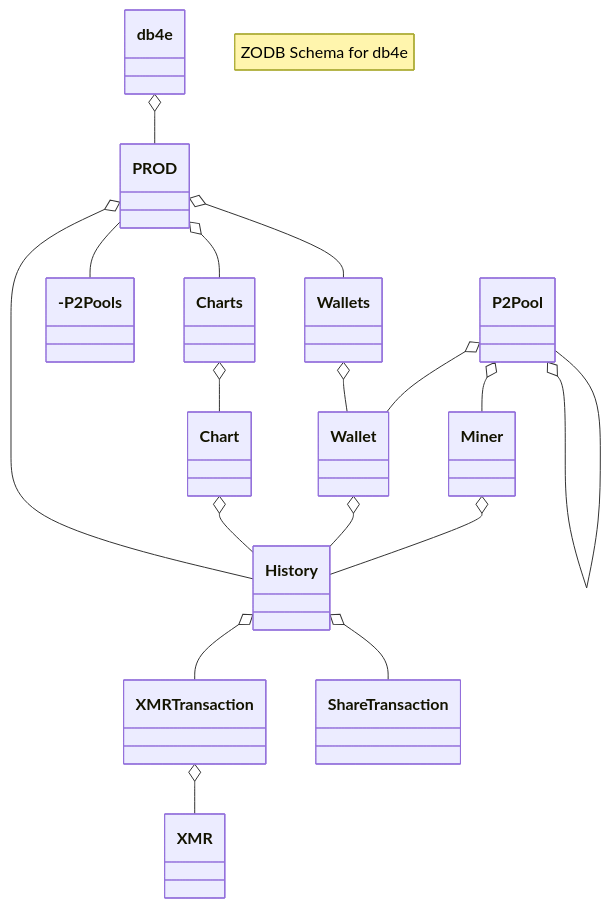
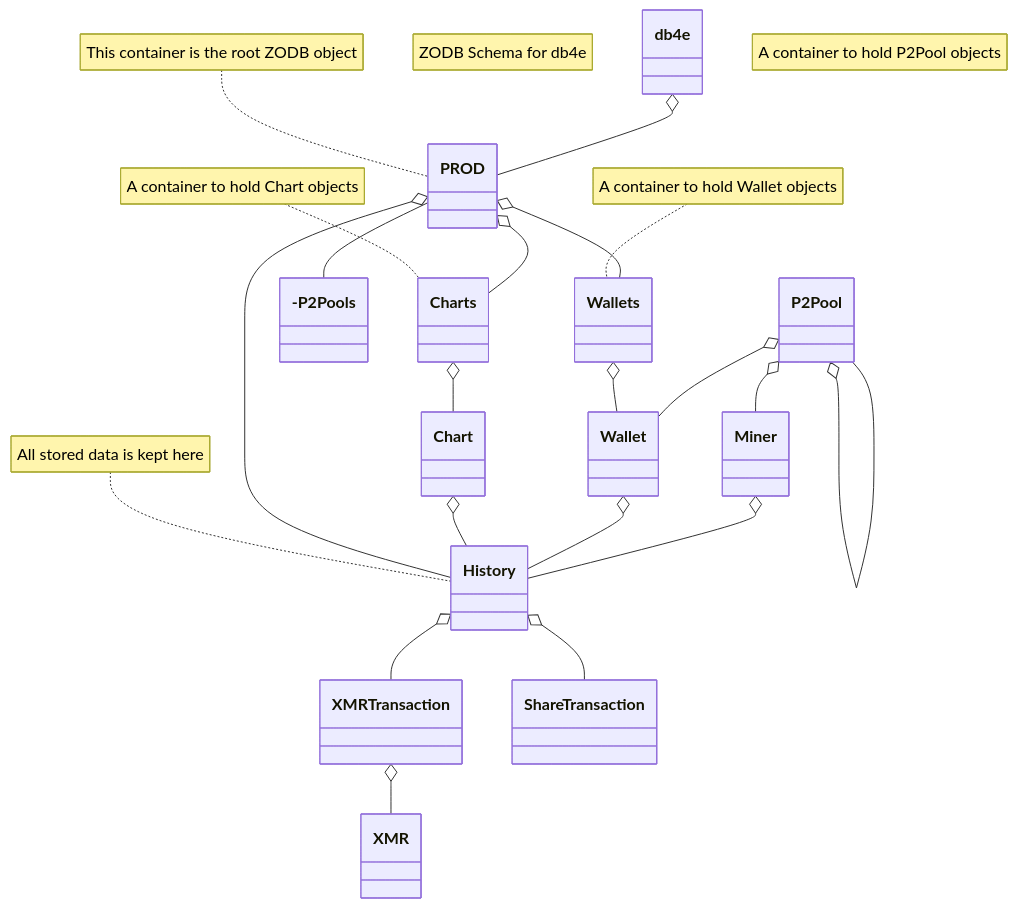
One commit to NadimGhaznavi/myzodb changed the diagram in _posts/2024-06-05-ZODB-Schema.md. Above: the diagram before and after it, drawn with Mermaid.

```diff
--- a/_posts/2024-06-05-ZODB-Schema.md
+++ b/_posts/2024-06-05-ZODB-Schema.md
@@ -11,20 +11,25 @@
 <pre class="mermaid">
   classDiagram
     note "ZODB Schema for db4e"
     db4e o-- PROD
+    note for PROD "This container is the root ZODB object"
     PROD o-- Wallets
+    note for Wallets "A container to hold Wallet objects"
     Wallets o-- Wallet
     PROD --- P2Pools
+    note for P2Pools "A container to hold P2Pool objects"
     P2Pool o-- P2Pool
     PROD o-- History
+    note for History "All stored data is kept here"
     PROD o-- Charts
+    note for Charts "A container to hold Chart objects"
     Charts o-- Chart
     Chart o-- History
     P2Pool o-- Miner
     P2Pool o-- Wallet
     Wallet o-- History
     Miner o-- History
     History o-- XMRTransaction
     History o-- ShareTransaction
     XMRTransaction o-- XMR
 </pre>
```
